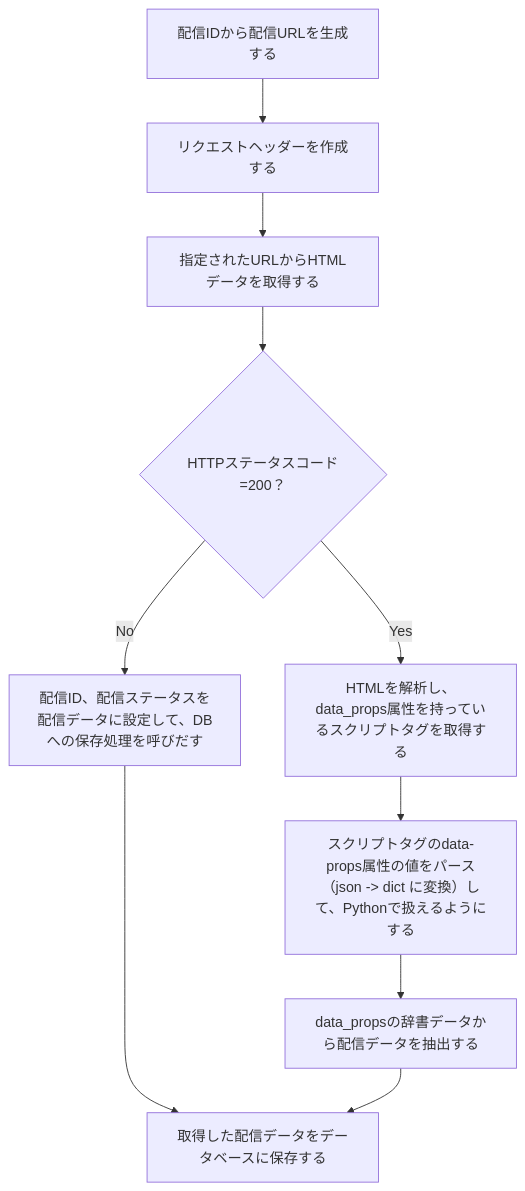
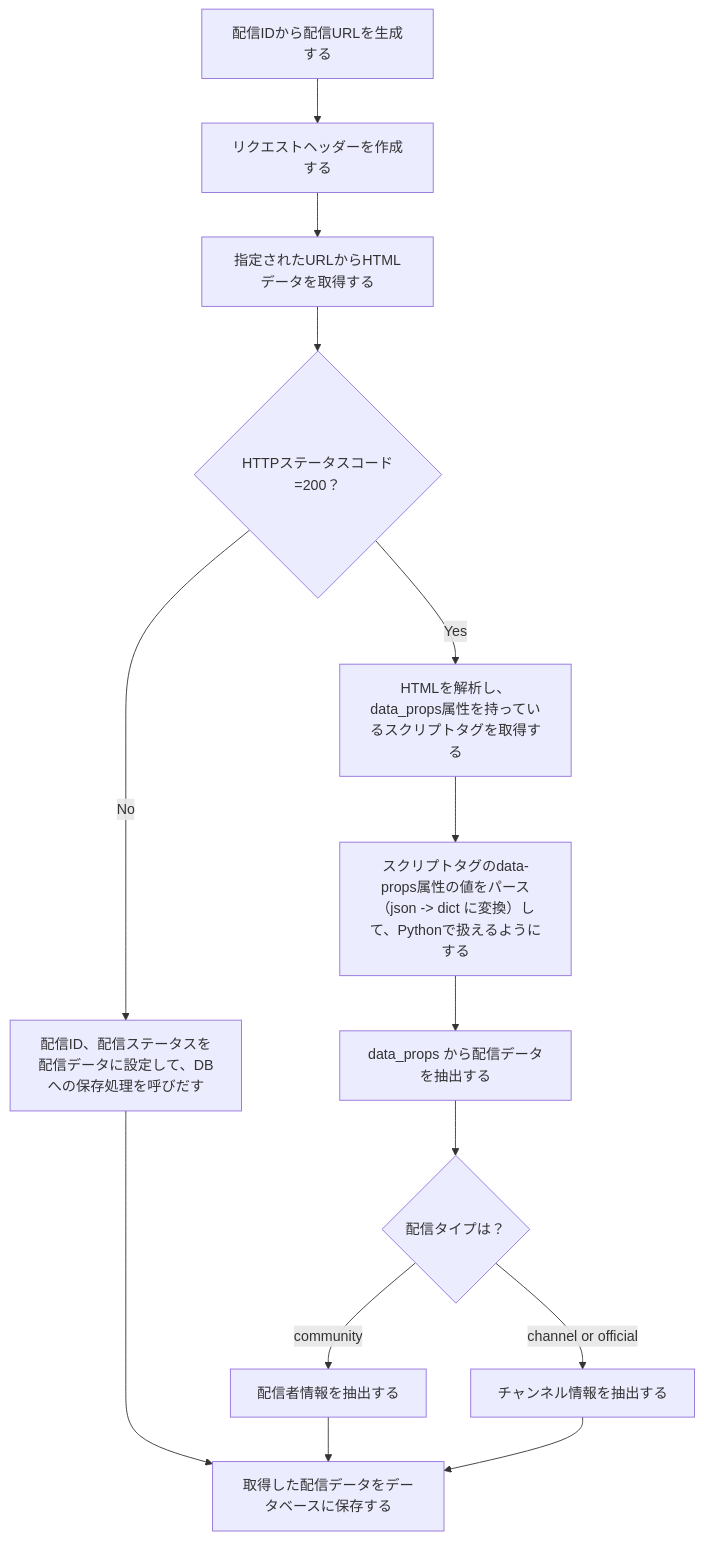
The diagram in docs/flowchart.md (MASA20201203/nicodb-django), drawn with Mermaid before and after one commit. The commit also changed 3 other files, not shown here.

````diff
--- a/docs/flowchart.md
+++ b/docs/flowchart.md
@@ -3,16 +3,20 @@
 ```mermaid
 
 
 flowchart TD
     A[配信IDから配信URLを生成する] --> B[リクエストヘッダーを作成する]
     B --> C[指定されたURLからHTMLデータを取得する]
     C --> D{HTTPステータスコード=200？}
     D -- No --> E[配信ID、配信ステータスを配信データに設定して、DBへの保存処理を呼びだす]
-    E ----> I
+    E ----> M
     D -- Yes --> F[HTMLを解析し、data_props属性を持っているスクリプトタグを取得する]
     F --> G[スクリプトタグのdata-props属性の値をパース（json -> dict に変換）して、Pythonで扱えるようにする]
-    G --> H[data_propsの辞書データから配信データを抽出する]
-    H --> I[取得した配信データをデータベースに保存する]
+    G --> H[data_props から配信データを抽出する]
+    H --> I{配信タイプは？}
+    I -- community --> J[配信者情報を抽出する]
+    I -- channel or official --> L[チャンネル情報を抽出する]
+    J --> M[取得した配信データをデータベースに保存する]
+    L --> M
 
 
 ```
````
